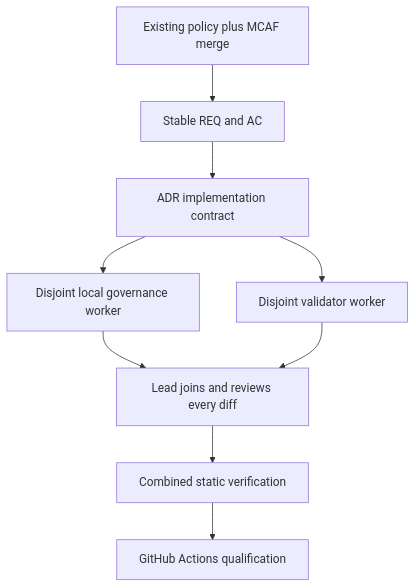
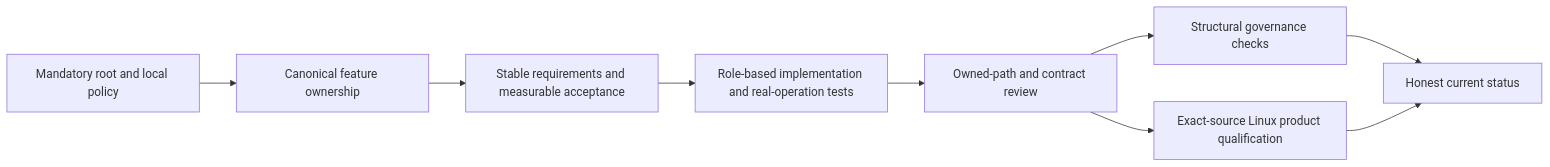
One commit to managedcode/KeyLoad changed the diagram in docs/ADR/ADR-032-mcaf-governance.md. Above: the diagram before and after it, drawn with Mermaid. The commit also changed other lines of this file and 152 other files, not shown here.

Commit message:
Save current implementation and rename build/test workflow

````diff
--- a/docs/ADR/ADR-032-mcaf-governance.md
+++ b/docs/ADR/ADR-032-mcaf-governance.md
@@ -11,11 +43,11 @@
 ```mermaid
-flowchart TD
-    Policy[Existing policy plus MCAF merge] --> Specification[Stable REQ and AC]
-    Specification --> Contract[ADR implementation contract]
-    Contract --> Local[Disjoint local governance worker]
-    Contract --> Check[Disjoint validator worker]
-    Local --> Review[Lead joins and reviews every diff]
-    Check --> Review
-    Review --> Validation[Combined static verification]
-    Validation --> CI[GitHub Actions qualification]
+flowchart LR
+    Policy[Mandatory root and local policy] --> Slice[Canonical feature ownership]
+    Slice --> Contract[Stable requirements and measurable acceptance]
+    Contract --> Source[Role-based implementation and real-operation tests]
+    Source --> Review[Owned-path and contract review]
+    Review --> Governance[Structural governance checks]
+    Review --> Qualification[Exact-source Linux product qualification]
+    Governance --> Status[Honest current status]
+    Qualification --> Status
 ```
````
